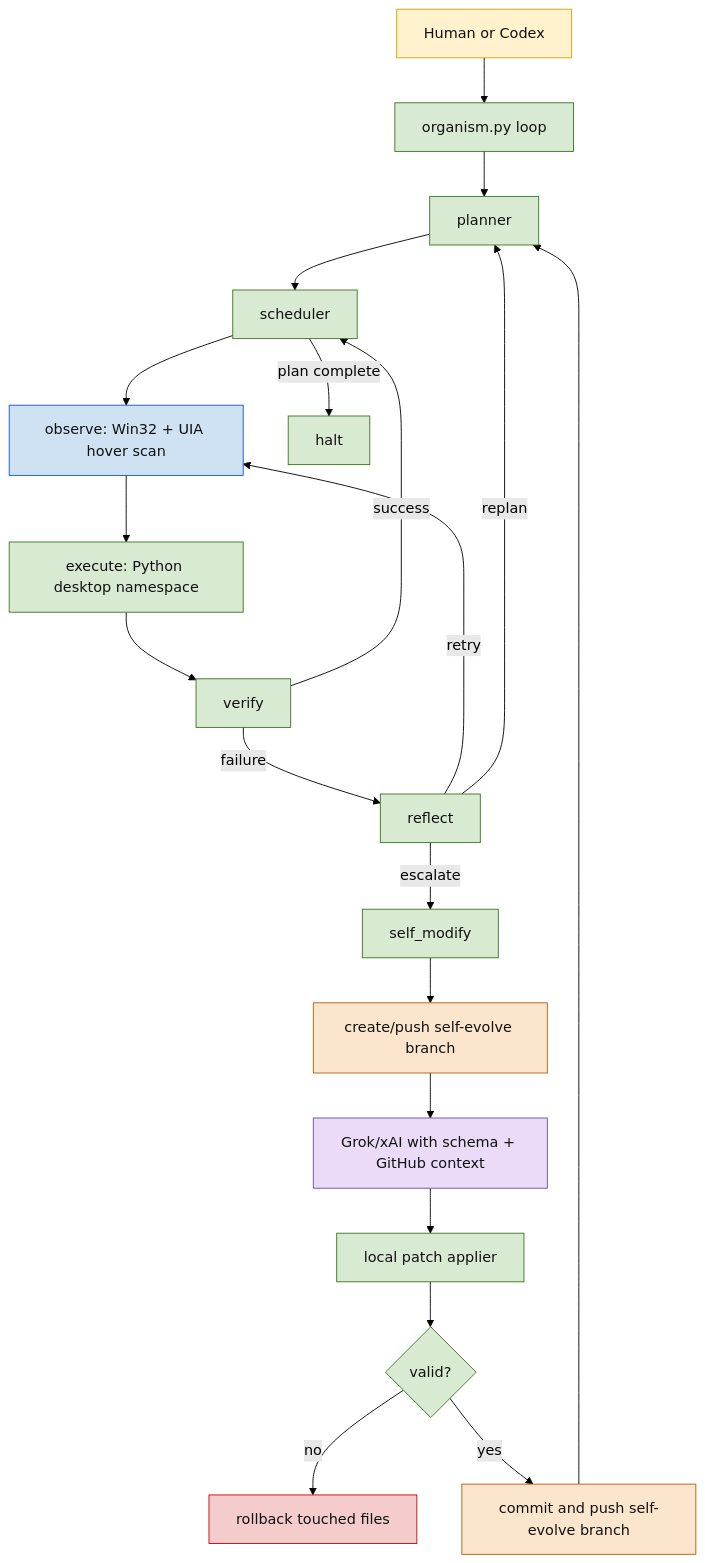
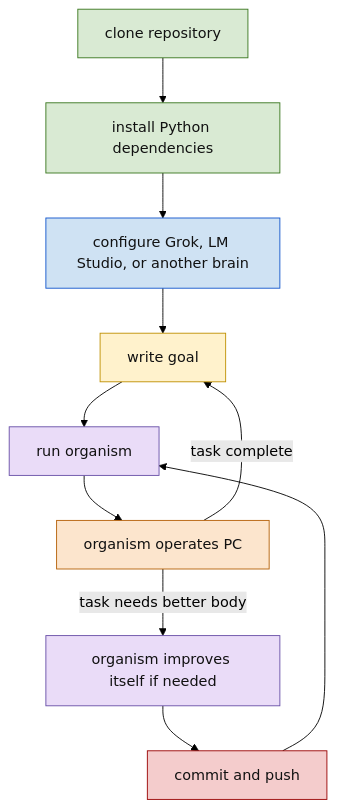
The fifth of 5 diagrams in README.md (wgabrys88/endgame-ai), drawn with Mermaid (forest theme) before and after one commit. The commit also changed other lines of this file, not shown here.

Commit message:
Rewrite README for unified organism vision

````diff
--- a/README.md
+++ b/README.md
@@ -175,35 +296,23 @@
 ```mermaid
 flowchart TD
-    H["Human or Codex"] --> O["organism.py loop"]
-    O --> P["planner"]
-    P --> S["scheduler"]
-    S --> OB["observe: Win32 + UIA hover scan"]
-    OB --> EX["execute: Python desktop namespace"]
-    EX --> V["verify"]
-    V -->|success| S
-    V -->|failure| R["reflect"]
-    R -->|retry| OB
-    R -->|replan| P
-    R -->|escalate| SM["self_modify"]
-    SM --> GIT["create/push self-evolve branch"]
-    GIT --> GX["Grok/xAI with schema + GitHub context"]
-    GX --> AP["local patch applier"]
-    AP --> VAL{"valid?"}
-    VAL -->|no| RB["rollback touched files"]
-    VAL -->|yes| CM["commit and push self-evolve branch"]
-    CM --> P
-    S -->|plan complete| HALT["halt"]
+    CLONE["clone repository"]:::step
+    PY["install Python dependencies"]:::step
+    BRAIN["configure Grok, LM Studio, or another brain"]:::brain
+    GOAL["write goal"]:::goal
+    RUN["run organism"]:::run
+    WORK["organism operates PC"]:::body
+    EVOLVE["organism improves itself if needed"]:::evolve
+    PUSH["commit and push"]:::git
 
-    classDef human fill:#fff2cc,stroke:#d6a000,color:#111;
-    classDef organism fill:#d9ead3,stroke:#38761d,color:#111;
-    classDef desktop fill:#cfe2f3,stroke:#1155cc,color:#111;
-    classDef grok fill:#eadcf8,stroke:#674ea7,color:#111;
-    classDef git fill:#fce5cd,stroke:#b45f06,color:#111;
-    classDef fail fill:#f4cccc,stroke:#cc0000,color:#111;
-    class H human;
-    class O,P,S,EX,V,R,SM,AP,VAL,HALT organism;
-    class OB desktop;
-    class GX grok;
-    class GIT,CM git;
-    class RB fail;
+    CLONE --> PY --> BRAIN --> GOAL --> RUN --> WORK
+    WORK -->|task needs better body| EVOLVE --> PUSH --> RUN
+    WORK -->|task complete| GOAL
+
+    classDef step fill:#d9ead3,stroke:#38761d,color:#111;
+    classDef brain fill:#cfe2f3,stroke:#1155cc,color:#111;
+    classDef goal fill:#fff2cc,stroke:#bf9000,color:#111;
+    classDef run fill:#eadcf8,stroke:#674ea7,color:#111;
+    classDef body fill:#fce5cd,stroke:#b45f06,color:#111;
+    classDef evolve fill:#eadcf8,stroke:#674ea7,color:#111;
+    classDef git fill:#f4cccc,stroke:#990000,color:#111;
 ```
````
